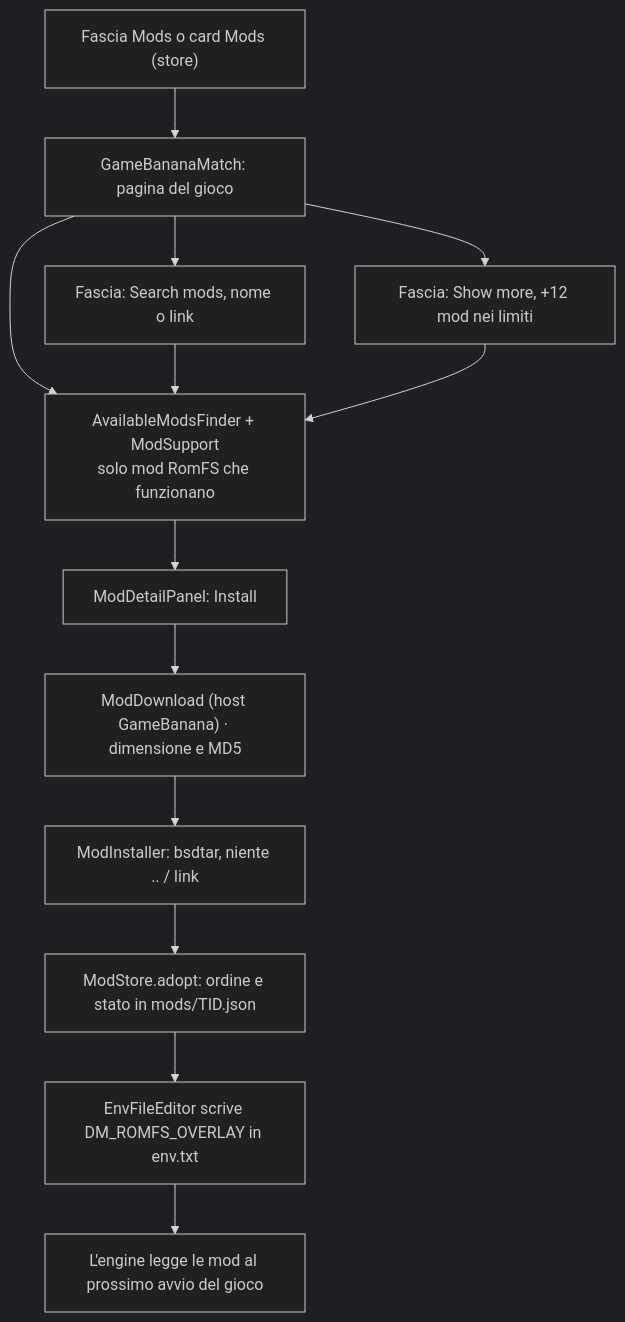
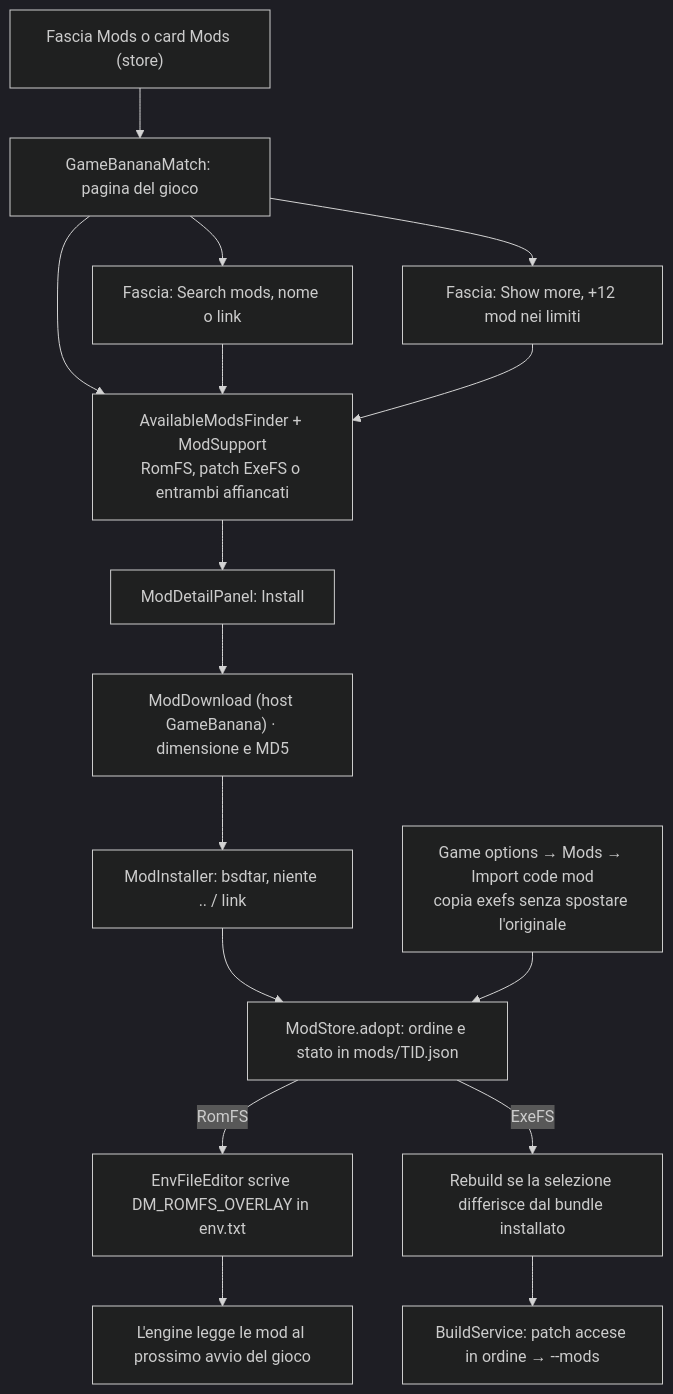
One commit to sofianbll/NxLibrary changed the seventh of 9 diagrams in docs/how-it-works/flows.md. Above: the diagram before and after it, drawn with Mermaid (dark theme). The commit also changed 27 other files, not shown here.

Commit message:
Support ExeFS code mods in Arcane

````diff
--- a/docs/how-it-works/flows.md
+++ b/docs/how-it-works/flows.md
@@ -152,15 +152,18 @@
 ```mermaid
 flowchart TD
     A["Fascia Mods o card Mods (store)"] --> B["GameBananaMatch: pagina del gioco"]
-    B --> C["AvailableModsFinder + ModSupport<br/>solo mod RomFS che funzionano"]
+    B --> C["AvailableModsFinder + ModSupport<br/>RomFS, patch ExeFS o entrambi affiancati"]
     B --> S["Fascia: Search mods, nome o link"]
     S --> C
     B --> M["Fascia: Show more, +12 mod nei limiti"]
     M --> C
     C --> D["ModDetailPanel: Install"]
     D --> E["ModDownload (host GameBanana) · dimensione e MD5"]
     E --> F["ModInstaller: bsdtar, niente .. / link"]
     F --> G["ModStore.adopt: ordine e stato in mods/TID.json"]
-    G --> H["EnvFileEditor scrive DM_ROMFS_OVERLAY in env.txt"]
+    L["Game options → Mods → Import code mod<br/>copia exefs senza spostare l'originale"] --> G
+    G -->|"RomFS"| H["EnvFileEditor scrive DM_ROMFS_OVERLAY in env.txt"]
     H --> I["L'engine legge le mod al prossimo avvio del gioco"]
+    G -->|"ExeFS"| R["Rebuild se la selezione differisce dal bundle installato"]
+    R --> P["BuildService: patch accese in ordine → --mods"]
 ```
````
